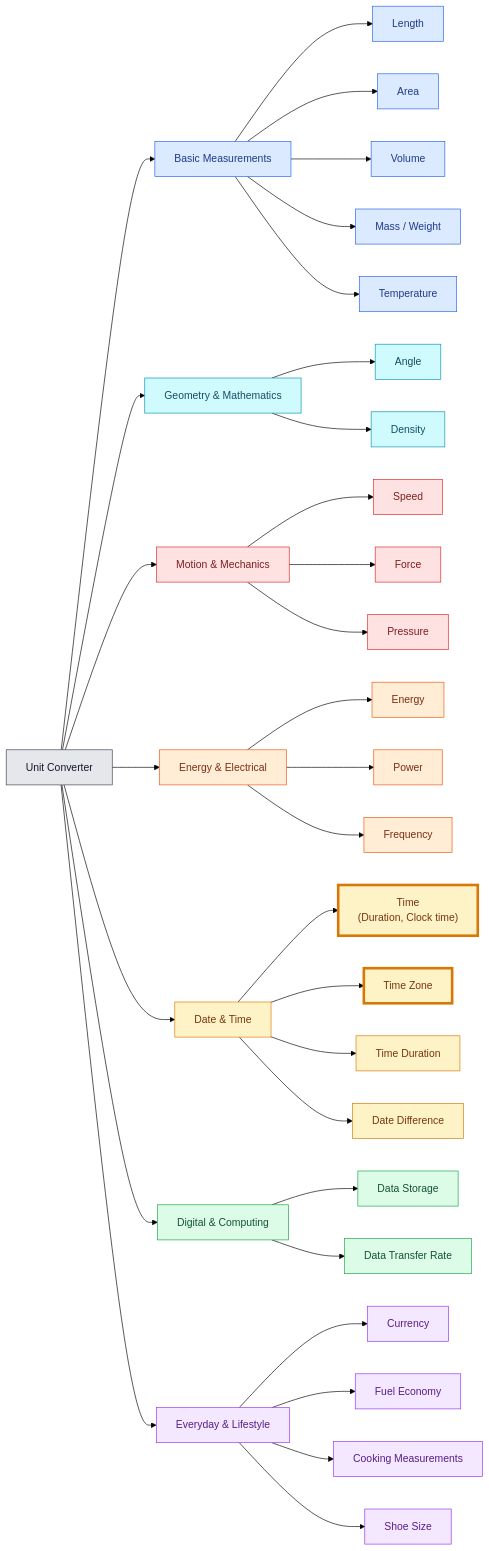
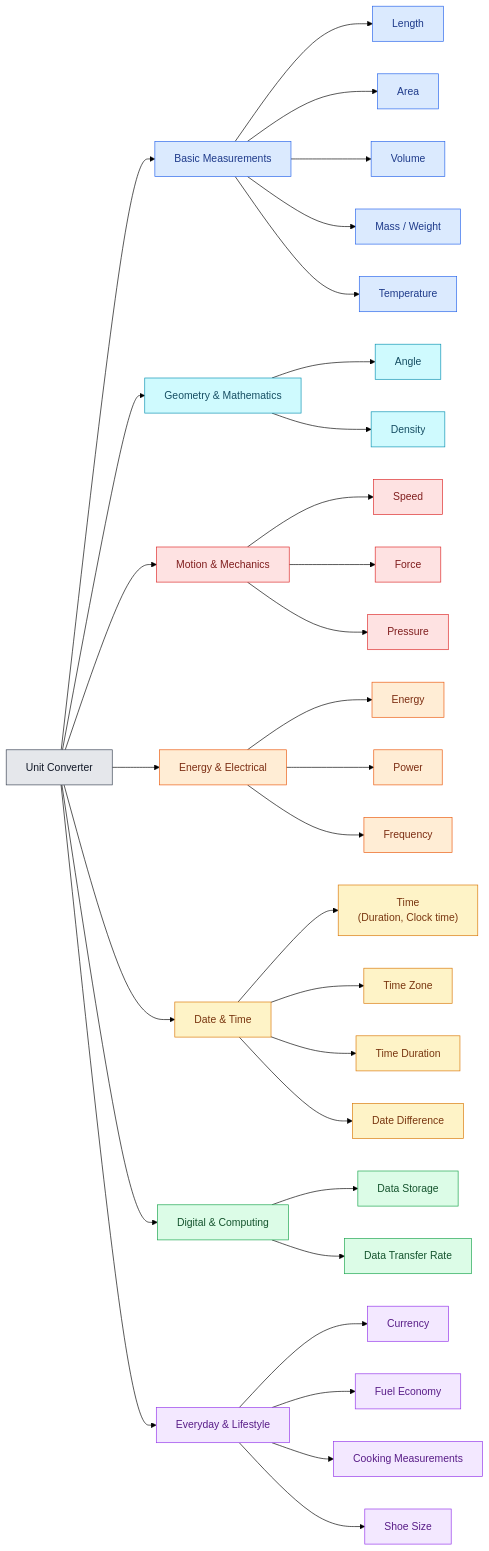
The diagram in README.md (Aniruddha-25/unit-convertor), drawn with Mermaid (forest theme) before and after one commit. The commit also changed 2 other files, not shown here.

Commit message:
removed available highlights in mermaid

````diff
--- a/README.md
+++ b/README.md
@@ -10,62 +10,61 @@
 ```mermaid
 flowchart LR
     A["Unit Converter"]
 
     A --> B["Basic Measurements"]
     A --> C["Geometry & Mathematics"]
     A --> D["Motion & Mechanics"]
     A --> E["Energy & Electrical"]
     A --> F["Date & Time"]
     A --> G["Digital & Computing"]
     A --> H["Everyday & Lifestyle"]
 
     B --> B1["Length"]
     B --> B2["Area"]
     B --> B3["Volume"]
     B --> B4["Mass / Weight"]
     B --> B5["Temperature"]
 
     C --> C1["Angle"]
     C --> C2["Density"]
 
     D --> D1["Speed"]
     D --> D2["Force"]
     D --> D3["Pressure"]
 
     E --> E1["Energy"]
     E --> E2["Power"]
     E --> E3["Frequency"]
 
     F --> F1["Time<br/>(Duration, Clock time)"]
     F --> F2["Time Zone"]
     F --> F3["Time Duration"]
     F --> F4["Date Difference"]
 
     G --> G1["Data Storage"]
     G --> G2["Data Transfer Rate"]
 
     H --> H0["Currency"]
     H --> H1["Fuel Economy"]
     H --> H2["Cooking Measurements"]
     H --> H3["Shoe Size"]
 
     classDef root fill:#e5e7eb,stroke:#374151,color:#111827
     classDef basic fill:#dbeafe,stroke:#2563eb,color:#1e3a8a
     classDef geometry fill:#cffafe,stroke:#0891b2,color:#164e63
     classDef motion fill:#fee2e2,stroke:#dc2626,color:#7f1d1d
     classDef energy fill:#ffedd5,stroke:#ea580c,color:#7c2d12
     classDef datetime fill:#fef3c7,stroke:#d97706,color:#78350f
     classDef digital fill:#dcfce7,stroke:#16a34a,color:#14532d
     classDef lifestyle fill:#f3e8ff,stroke:#9333ea,color:#581c87
-    classDef available stroke-width:4px
+  
 
     class A root
     class B,B1,B2,B3,B4,B5 basic
     class C,C1,C2 geometry
     class D,D1,D2,D3 motion
     class E,E1,E2,E3 energy
     class F,F1,F2,F3,F4 datetime
     class G,G1,G2 digital
     class H,H0,H1,H2,H3 lifestyle
-    class F1,F2 available
 ```
````
